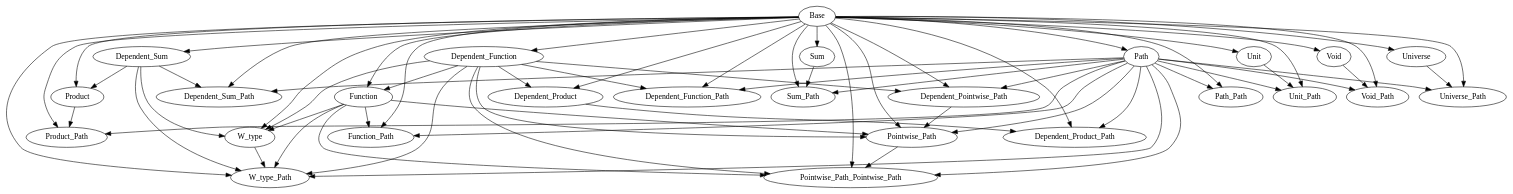
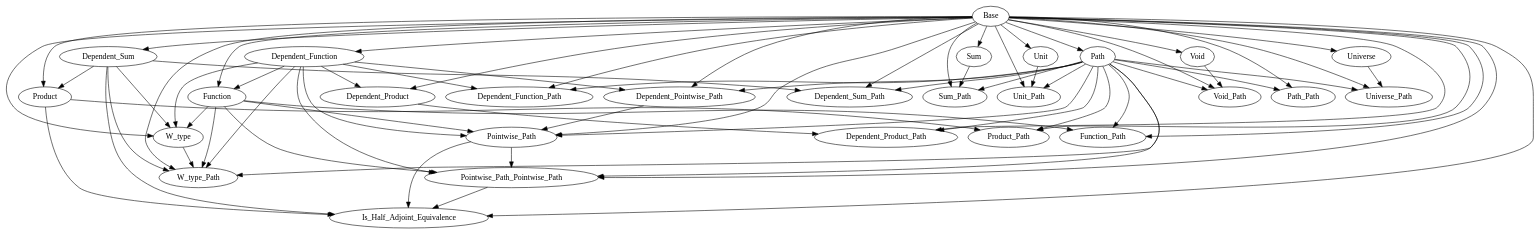
One commit to Hexirp/googology-in-coq changed the diagram in libraries/dependencies.gv. Above: the diagram before and after it, drawn with Graphviz. The commit also changed 1 other file, not shown here.

Commit message:
Update: Is_Half_Adjoint_Equivalence を書き直す

```diff
--- a/libraries/dependencies.gv
+++ b/libraries/dependencies.gv
@@ -1,93 +1,99 @@
 digraph Dependencies {
   # Base
   # Dependent_Function
   "Base" -> "Dependent_Function";
   # Function
   "Base" -> "Function";
   "Dependent_Function" -> "Function";
   # Dependent_Product
   "Base" -> "Dependent_Product";
   "Dependent_Function" -> "Dependent_Product";
   # Dependent_Sum
   "Base" -> "Dependent_Sum";
   # Product
   "Base" -> "Product";
   "Dependent_Sum" -> "Product";
   # Sum
   "Base" -> "Sum";
   # Unit
   "Base" -> "Unit";
   # Void
   "Base" -> "Void";
   # W_type
   "Base" -> "W_type";
   "Dependent_Function" -> "W_type";
   "Function" -> "W_type";
   "Dependent_Sum" -> "W_type";
   # Universe
   "Base" -> "Universe";
   # Path
   "Base" -> "Path";
   # Dependent_Function_Path
   "Base" -> "Dependent_Function_Path";
   "Dependent_Function" -> "Dependent_Function_Path";
   "Path" -> "Dependent_Function_Path";
   # Function_Path
   "Base" -> "Function_Path";
   "Function" -> "Function_Path";
   "Path" -> "Function_Path";
   # Dependent_Product_Path
   "Base" -> "Dependent_Product_Path";
   "Dependent_Product" -> "Dependent_Product_Path";
   "Path" -> "Dependent_Product_Path";
   # Dependent_Sum_Path
   "Base" -> "Dependent_Sum_Path";
   "Dependent_Sum" -> "Dependent_Sum_Path";
   "Path" -> "Dependent_Sum_Path";
   # Product_Path
   "Base" -> "Product_Path";
   "Product" -> "Product_Path";
   "Path" -> "Product_Path";
   # Sum_Path
   "Base" -> "Sum_Path";
   "Sum" -> "Sum_Path";
   "Path" -> "Sum_Path";
   # Unit_Path
   "Base" -> "Unit_Path";
   "Unit" -> "Unit_Path";
   "Path" -> "Unit_Path";
   # Void_Path
   "Base" -> "Void_Path";
   "Void" -> "Void_Path";
   "Path" -> "Void_Path";
   # W_type_Path
   "Base" -> "W_type_Path";
   "Dependent_Function" -> "W_type_Path";
   "Function" -> "W_type_Path";
   "Dependent_Sum" -> "W_type_Path";
   "W_type" -> "W_type_Path";
   "Path" -> "W_type_Path";
   # Universe_Path
   "Base" -> "Universe_Path";
   "Universe" -> "Universe_Path";
   "Path" -> "Universe_Path";
   # Path_Path
   "Base" -> "Path_Path";
   "Path" -> "Path_Path";
   # Dependent_Pointwise_Path
   "Base" -> "Dependent_Pointwise_Path";
   "Dependent_Function" -> "Dependent_Pointwise_Path";
   "Path" -> "Dependent_Pointwise_Path";
   # Pointwise_Path
   "Base" -> "Pointwise_Path";
   "Dependent_Function" -> "Pointwise_Path";
   "Function" -> "Pointwise_Path";
   "Path" -> "Pointwise_Path";
   "Dependent_Pointwise_Path" -> "Pointwise_Path";
   # Pointwise_Path_Pointwise_Path
   "Base" -> "Pointwise_Path_Pointwise_Path";
   "Dependent_Function" -> "Pointwise_Path_Pointwise_Path";
   "Function" -> "Pointwise_Path_Pointwise_Path";
   "Path" -> "Pointwise_Path_Pointwise_Path";
   "Pointwise_Path" -> "Pointwise_Path_Pointwise_Path";
+  # Is_Half_Adjoint_Equivalence
+  "Base" -> "Is_Half_Adjoint_Equivalence";
+  "Dependent_Sum" -> "Is_Half_Adjoint_Equivalence";
+  "Product" -> "Is_Half_Adjoint_Equivalence";
+  "Pointwise_Path" -> "Is_Half_Adjoint_Equivalence";
+  "Pointwise_Path_Pointwise_Path" -> "Is_Half_Adjoint_Equivalence";
 }
```
